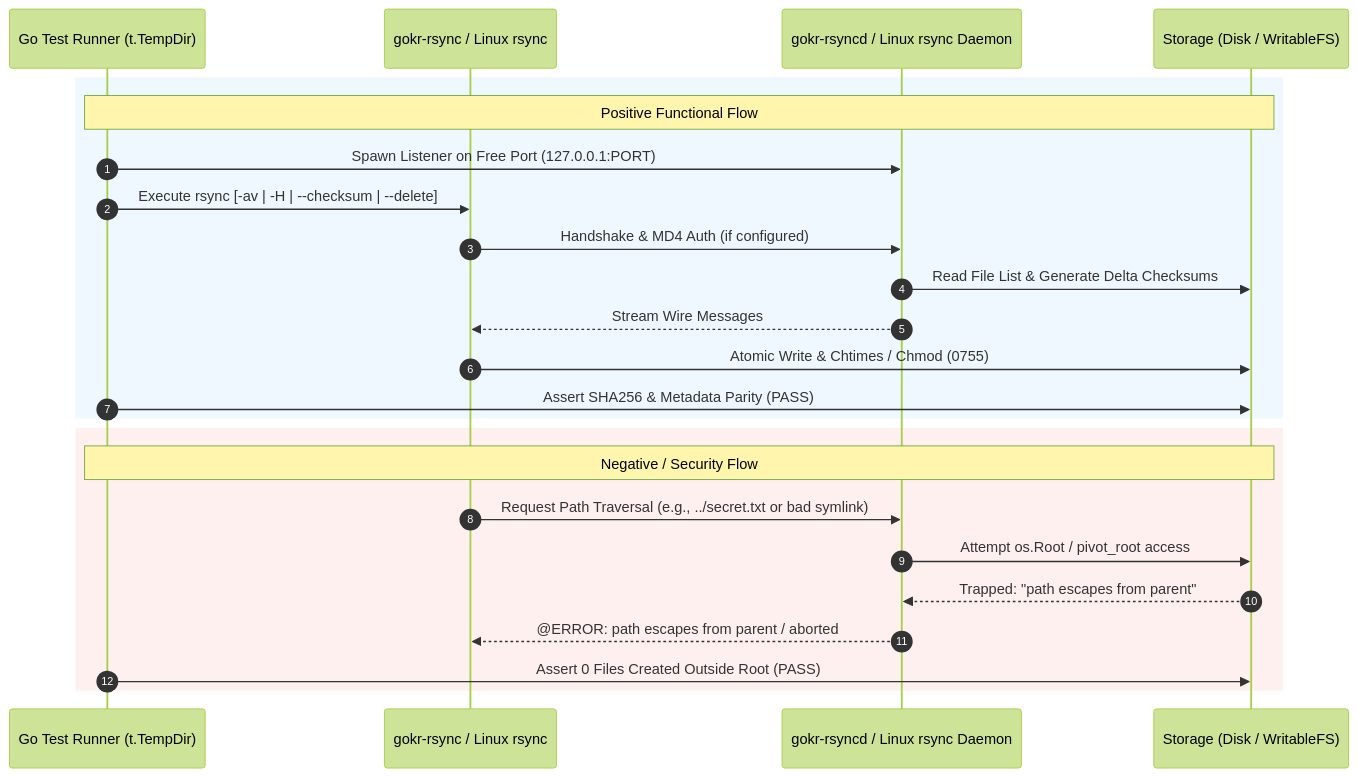
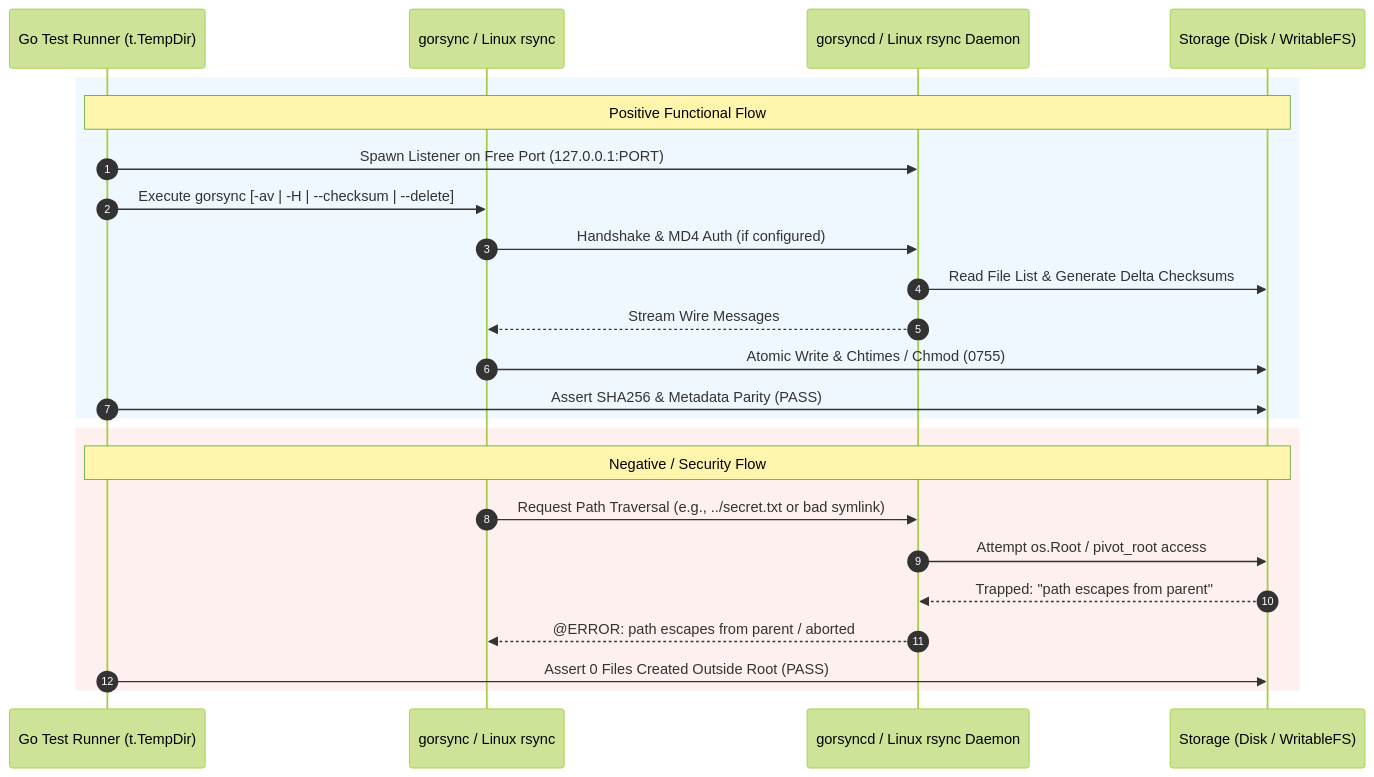
Before and after one commit to edsilegxrepo/gorsync: the second of 2 diagrams in TESTING.md, drawn with Mermaid (forest theme). The commit also changed other lines of this file and 14 other files, not shown here.

Commit message:
docs: update binary names to gorsync and gorsyncd and add inline code documentation

````diff
--- a/TESTING.md
+++ b/TESTING.md
@@ -54,28 +54,28 @@
 ```mermaid
 sequenceDiagram
     autonumber
     participant TestRunner as Go Test Runner (t.TempDir)
-    participant Client as gokr-rsync / Linux rsync
-    participant Server as gokr-rsyncd / Linux rsync Daemon
+    participant Client as gorsync / Linux rsync
+    participant Server as gorsyncd / Linux rsync Daemon
     participant FS as Storage (Disk / WritableFS)
 
     rect rgb(240, 248, 255)
         note over TestRunner, FS: Positive Functional Flow
         TestRunner->>Server: Spawn Listener on Free Port (127.0.0.1:PORT)
-        TestRunner->>Client: Execute rsync [-av | -H | --checksum | --delete]
+        TestRunner->>Client: Execute gorsync [-av | -H | --checksum | --delete]
         Client->>Server: Handshake & MD4 Auth (if configured)
         Server->>FS: Read File List & Generate Delta Checksums
         Server-->>Client: Stream Wire Messages
         Client->>FS: Atomic Write & Chtimes / Chmod (0755)
         TestRunner->>FS: Assert SHA256 & Metadata Parity (PASS)
     end
 
     rect rgb(255, 240, 240)
         note over TestRunner, FS: Negative / Security Flow
         Client->>Server: Request Path Traversal (e.g., ../secret.txt or bad symlink)
         Server->>FS: Attempt os.Root / pivot_root access
         FS-->>Server: Trapped: "path escapes from parent"
         Server-->>Client: @ERROR: path escapes from parent / aborted
         TestRunner->>FS: Assert 0 Files Created Outside Root (PASS)
     end
 ```
````
